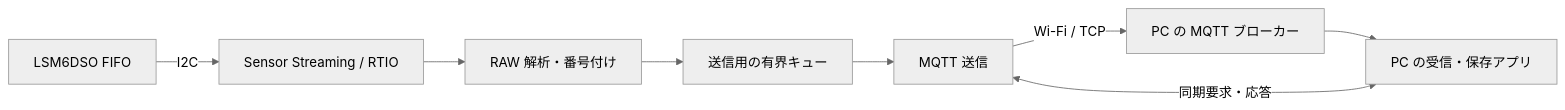
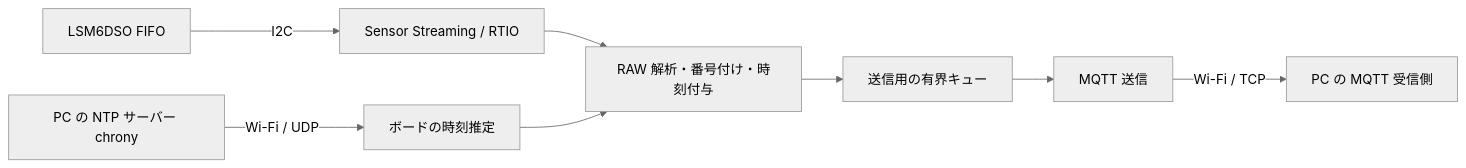
Before and after one commit to owhinata/rp2040-connect: the diagram in design/imu-raw-mqtt-design-ja.md, drawn with Mermaid (neutral theme). The commit also changed other lines of this file, not shown here.

First line of the commit message:
Bring the IMU RAW MQTT design document up to date

````diff
--- a/design/imu-raw-mqtt-design-ja.md
+++ b/design/imu-raw-mqtt-design-ja.md
@@ -35,10 +67,10 @@
 ```mermaid
 flowchart LR
     IMU[LSM6DSO FIFO] -->|I2C| STREAM[Sensor Streaming / RTIO]
-    STREAM --> RAW[RAW 解析・番号付け]
+    STREAM --> RAW[RAW 解析・番号付け・時刻付与]
     RAW --> QUEUE[送信用の有界キュー]
     QUEUE --> MQTT[MQTT 送信]
-    MQTT -->|Wi-Fi / TCP| BROKER[PC の MQTT ブローカー]
-    BROKER --> REC[PC の受信・保存アプリ]
-    REC <-->|同期要求・応答| MQTT
+    MQTT -->|Wi-Fi / TCP| REC[PC の MQTT 受信側]
+    NTP[PC の NTP サーバー chrony] -->|Wi-Fi / UDP| SYNC[ボードの時刻推定]
+    SYNC --> RAW
 ```
````
